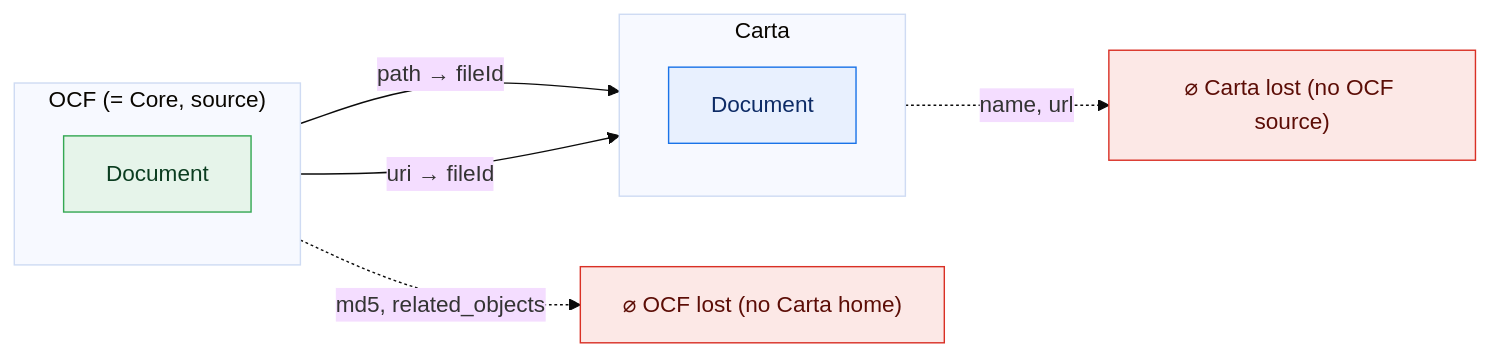
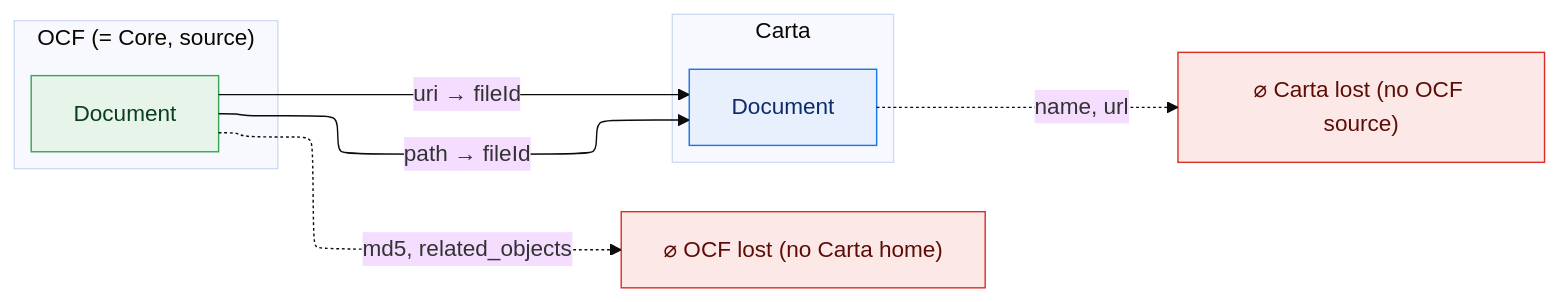
Before and after one commit to Open-Cap-Table-Coalition/OCF-Composed-Schemas: diagram 11 of 14 in docs/core-bidirectional-flow.md, drawn with Mermaid (base theme). The commit also changed other lines of this file and 1 other file, not shown here.

First line of the commit message:
OCF Core: render hub-flow diagrams with the ELK layout engine

````diff
--- a/docs/core-bidirectional-flow.md
+++ b/docs/core-bidirectional-flow.md
@@ -487,21 +496,22 @@
 ```mermaid
+%%{init: {"flowchart": {"defaultRenderer": "elk"}}}%%
 flowchart LR
   classDef adm fill:#e6f4ea,stroke:#34a853,color:#0b3d20;
   classDef notadm fill:#f1f3f4,stroke:#9aa0a6,color:#5f6368,stroke-dasharray:4 3;
   classDef carta fill:#e8f0fe,stroke:#1a73e8,color:#0d2b66;
   classDef lost fill:#fce8e6,stroke:#d93025,color:#5c0d06;
   subgraph SRC["OCF (= Core, source)"]
     direction TB
     o0["Document"]:::adm
   end
   subgraph TGT["Carta"]
     direction TB
     t0["Document"]:::carta
   end
   ocflost["⌀ OCF lost (no Carta home)"]:::lost
   cartalost["⌀ Carta lost (no OCF source)"]:::lost
   o0 -->|"path → fileId"| t0
   o0 -->|"uri → fileId"| t0
   o0 -.->|"md5, related_objects"| ocflost
   t0 -.->|"name, url"| cartalost
 ```
````
